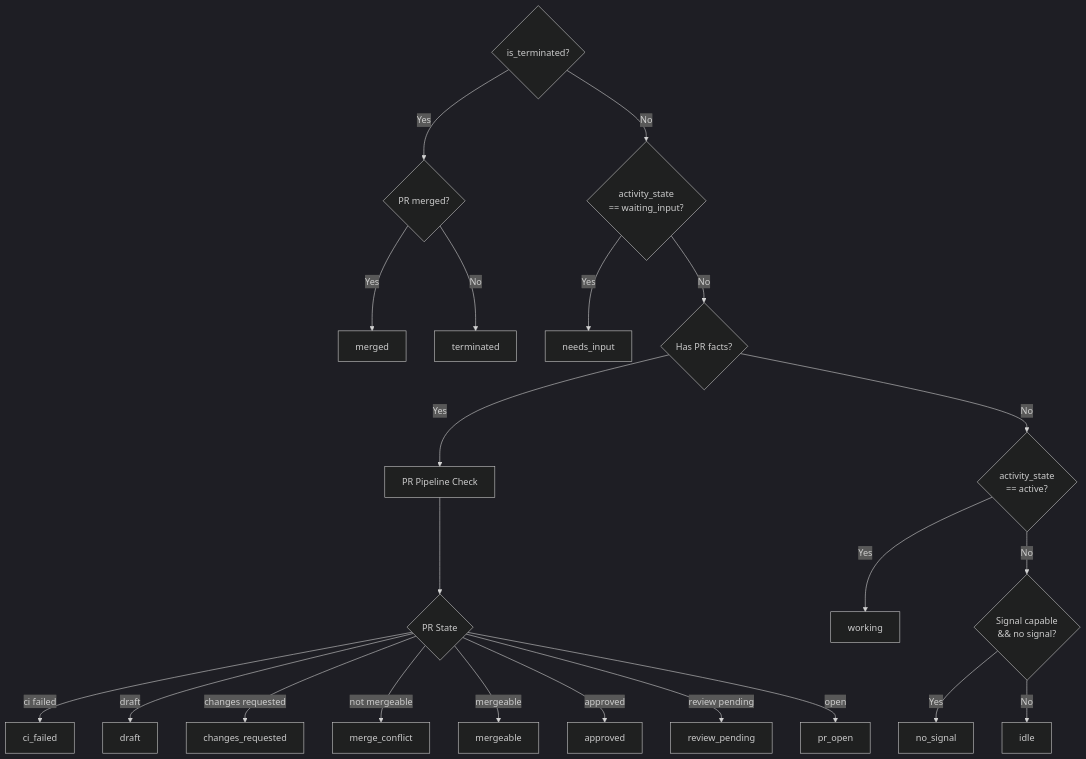
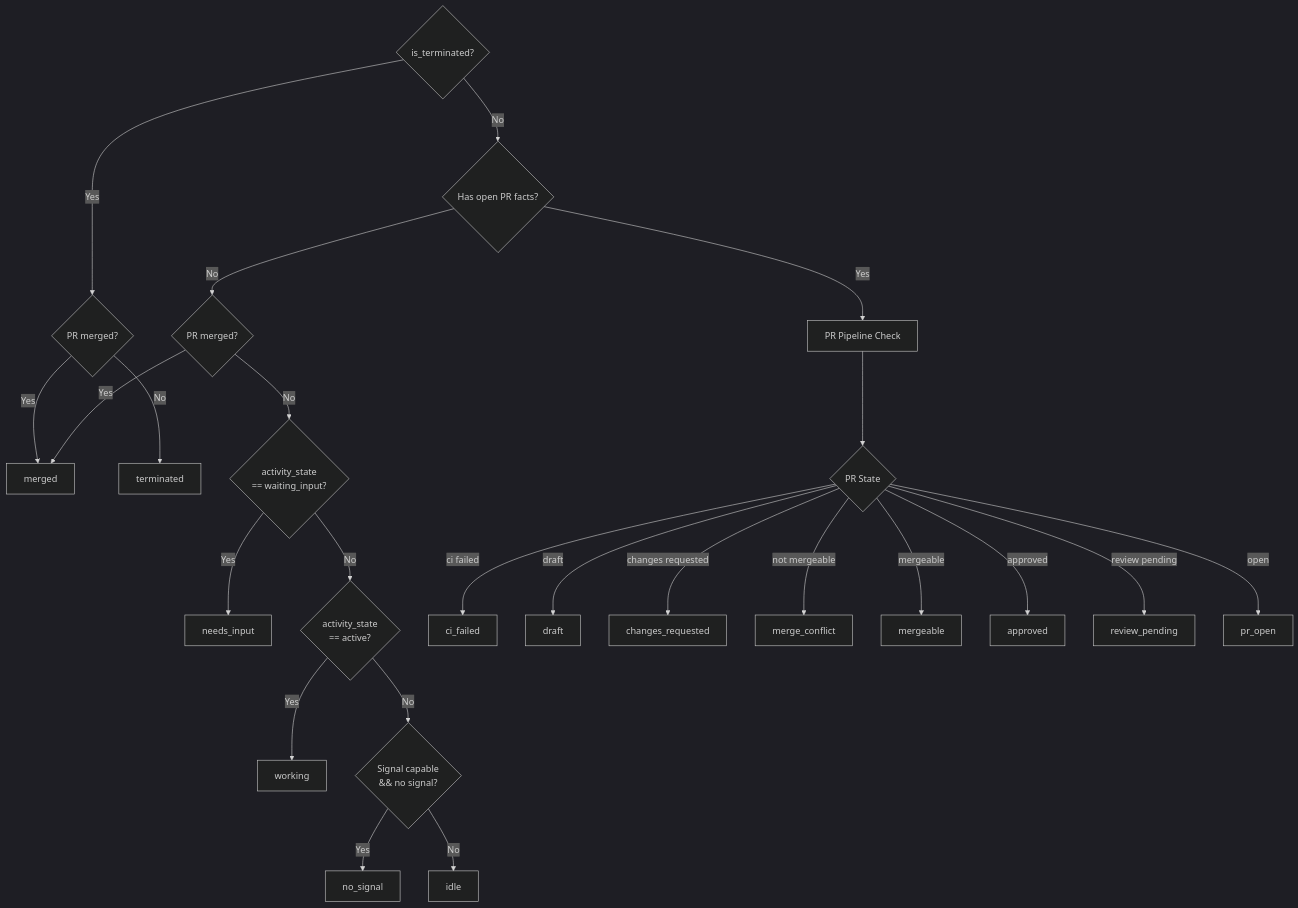
Diagram 12 of 23 in docs/architecture.md (AgentWrapper/agent-orchestrator), drawn with Mermaid (dark theme) before and after one commit. The commit also changed 2 other files, not shown here.

Commit message:
fix: prioritize PR status over waiting input
Fixes AgentWrapper/agent-orchestrator#2174

````diff
--- a/docs/architecture.md
+++ b/docs/architecture.md
@@ -426,32 +426,33 @@
 ```mermaid
 flowchart TD
     CheckTerm{is_terminated?}
-    CheckTerm -->|Yes| PRMerged{PR merged?}
-    CheckTerm -->|No| CheckWait{activity_state<br/>== waiting_input?}
+    CheckTerm -->|Yes| TermPRMerged{PR merged?}
+    CheckTerm -->|No| CheckOpenPR{Has open PR facts?}
 
-    PRMerged -->|Yes| Merged[merged]
-    PRMerged -->|No| Terminated[terminated]
+    TermPRMerged -->|Yes| Merged[merged]
+    TermPRMerged -->|No| Terminated[terminated]
 
+    CheckOpenPR -->|Yes| PRPipeline[PR Pipeline Check]
+    CheckOpenPR -->|No| LivePRMerged{PR merged?}
+    LivePRMerged -->|Yes| Merged
+    LivePRMerged -->|No| CheckWait{activity_state<br/>== waiting_input?}
     CheckWait -->|Yes| NeedsInput[needs_input]
-    CheckWait -->|No| CheckPR{Has PR facts?}
-
-    CheckPR -->|Yes| PRPipeline[PR Pipeline Check]
-    CheckPR -->|No| CheckActive{activity_state<br/>== active?}
+    CheckWait -->|No| CheckActive{activity_state<br/>== active?}
 
     PRPipeline --> PRState{PR State}
     PRState -->|ci failed| CIFailed[ci_failed]
     PRState -->|draft| Draft[draft]
     PRState -->|changes requested| Changes[changes_requested]
     PRState -->|not mergeable| Conflict[merge_conflict]
     PRState -->|mergeable| Mergeable[mergeable]
     PRState -->|approved| Approved[approved]
     PRState -->|review pending| ReviewPending[review_pending]
     PRState -->|open| PROpen[pr_open]
 
     CheckActive -->|Yes| Working[working]
     CheckActive -->|No| CheckSignal{Signal capable<br/>&& no signal?}
 
     CheckSignal -->|Yes| NoSignal[no_signal]
     CheckSignal -->|No| Idle[idle]
 
 ```
````
